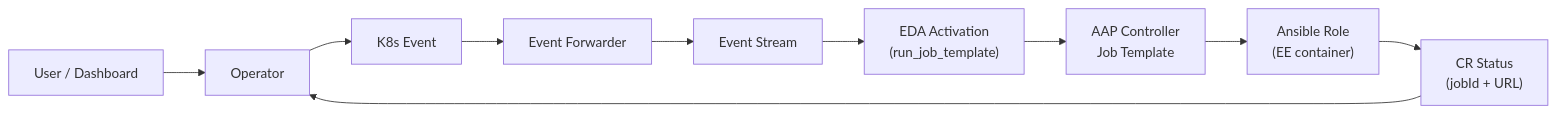
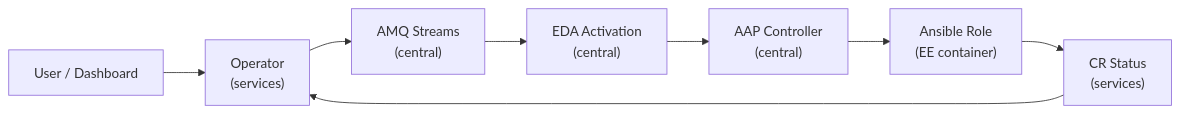
The diagram in architecture/docs/technical/006-eda-architecture.md (hybrid-sovereign-cloud/hybridcloud), drawn with Mermaid before and after one commit. The commit also changed other lines of this file and 200 other files, not shown here.

First line of the commit message:
feat: multi-phase rollout — Kafka EDA bus, UI shared layer, Hive polling, test specs

````diff
--- a/architecture/docs/technical/006-eda-architecture.md
+++ b/architecture/docs/technical/006-eda-architecture.md
@@ -41,22 +42,18 @@
 ```mermaid
 flowchart LR
     User["User / Dashboard"]
-    Op["Operator"]
-    Ev["K8s Event"]
-    Fwd["Event Forwarder"]
-    ES["Event Stream"]
-    EDA["EDA Activation\n(run_job_template)"]
-    AAP["AAP Controller\nJob Template"]
+    Op["Operator\n(services)"]
+    Kafka["AMQ Streams\n(central)"]
+    EDA["EDA Activation\n(central)"]
+    AAP["AAP Controller\n(central)"]
     Role["Ansible Role\n(EE container)"]
-    CR["CR Status\n(jobId + URL)"]
+    CR["CR Status\n(services)"]
 
     User --> Op
-    Op --> Ev
-    Ev --> Fwd
-    Fwd --> ES
-    ES --> EDA
+    Op --> Kafka
+    Kafka --> EDA
     EDA --> AAP
     AAP --> Role
     Role --> CR
     CR --> Op
 ```
````
